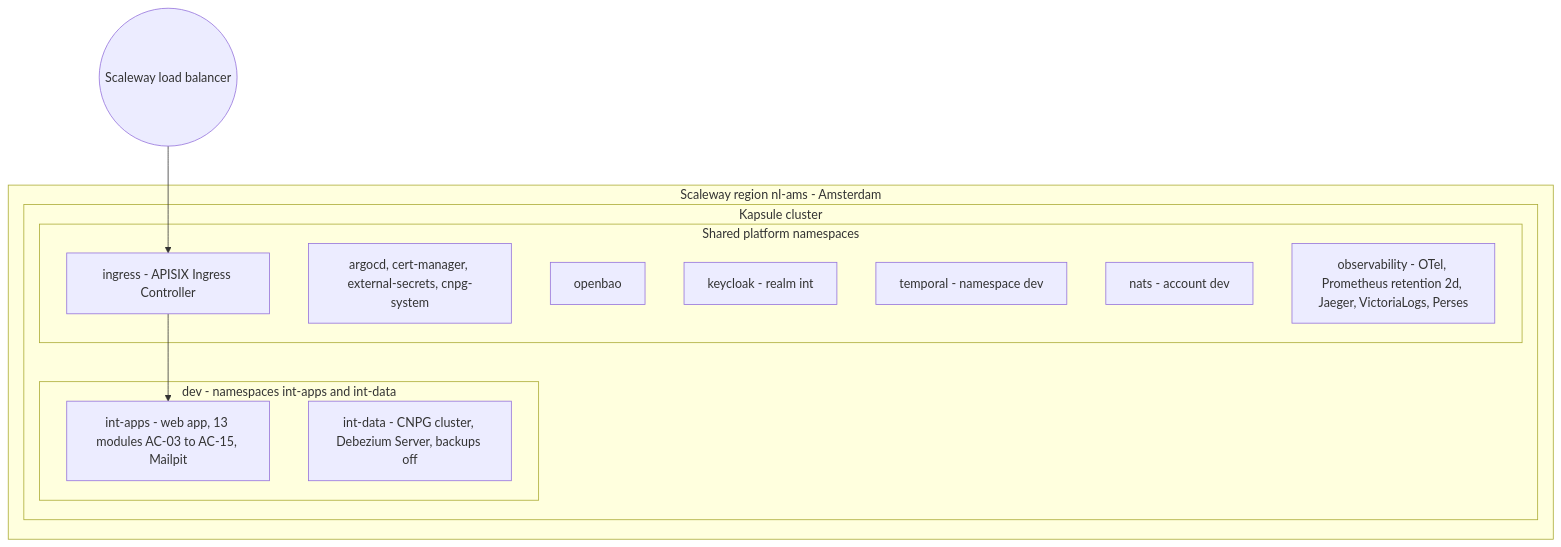
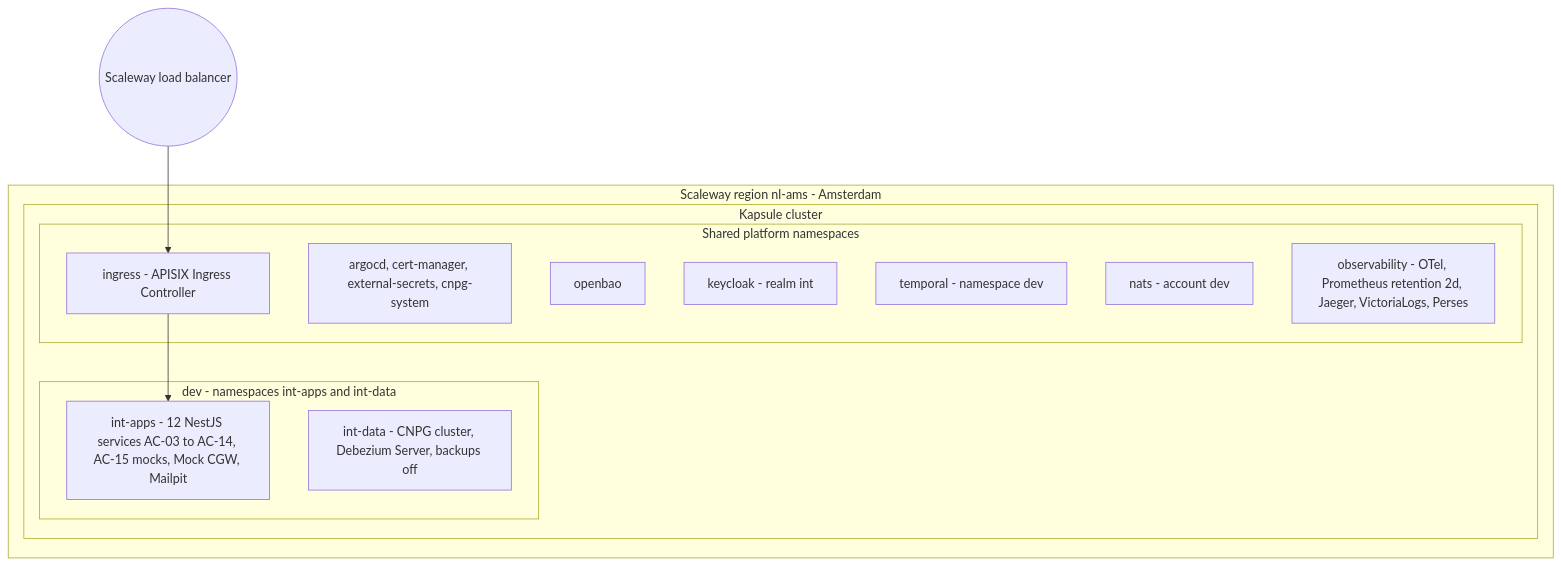
One commit to blooo-io/intelligent-eu-bps-source changed the first of 2 diagrams in docs/architecture/05-physical-architecture.md. Above: the diagram before and after it, drawn with Mermaid. The commit also changed other lines of this file and 61 other files, not shown here.

````diff
--- a/docs/architecture/05-physical-architecture.md
+++ b/docs/architecture/05-physical-architecture.md
@@ -44,23 +44,23 @@
 ```mermaid
 %% elk %%
 flowchart TB
   subgraph Region[Scaleway region nl-ams - Amsterdam]
     subgraph Cluster[Kapsule cluster]
       subgraph Shared[Shared platform namespaces]
         ING[ingress - APISIX Ingress Controller]
         OPS[argocd, cert-manager, external-secrets, cnpg-system]
         SEC[openbao]
         IDP[keycloak - realm int]
         WF[temporal - namespace dev]
         MSG[nats - account dev]
         OBS[observability - OTel, Prometheus retention 2d, Jaeger, VictoriaLogs, Perses]
       end
       subgraph Dev[dev - namespaces int-apps and int-data]
-        IAPP[int-apps - web app, 13 modules AC-03 to AC-15, Mailpit]
+        IAPP[int-apps - 12 NestJS services AC-03 to AC-14, AC-15 mocks, Mock CGW, Mailpit]
         IDATA[int-data - CNPG cluster, Debezium Server, backups off]
       end
     end
   end
   LB((Scaleway load balancer)) --> ING
   ING --> IAPP
 ```
````
